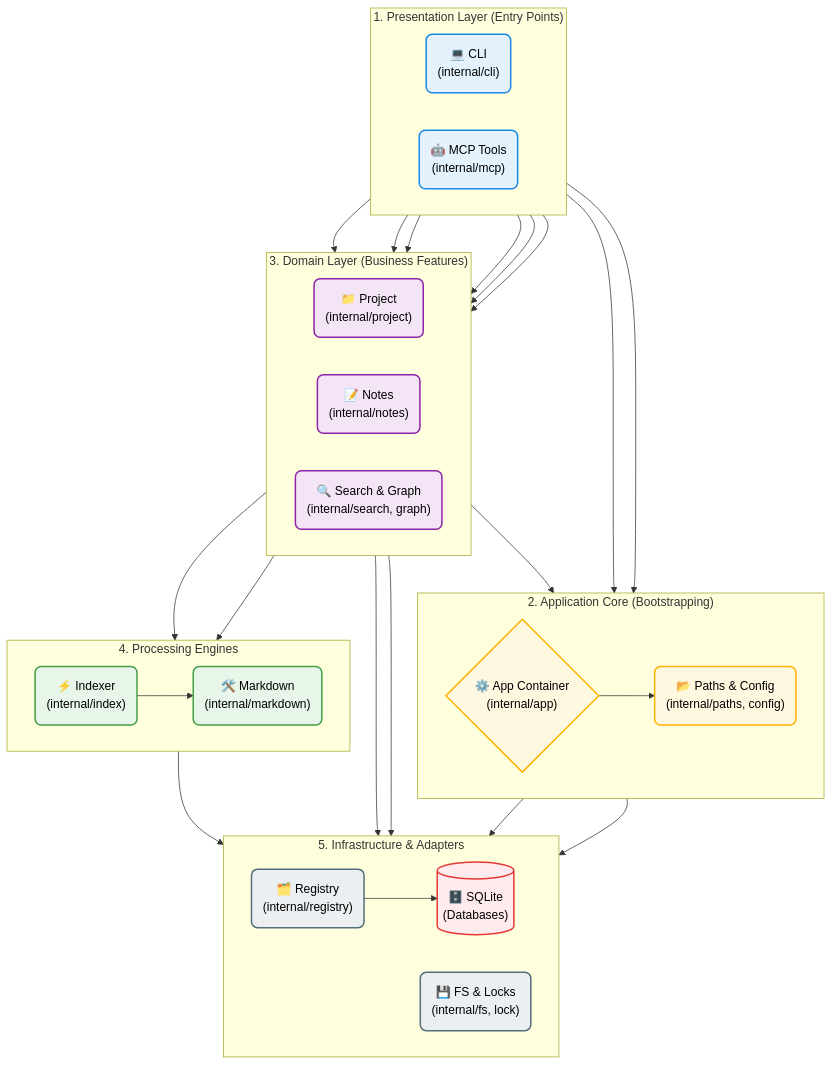
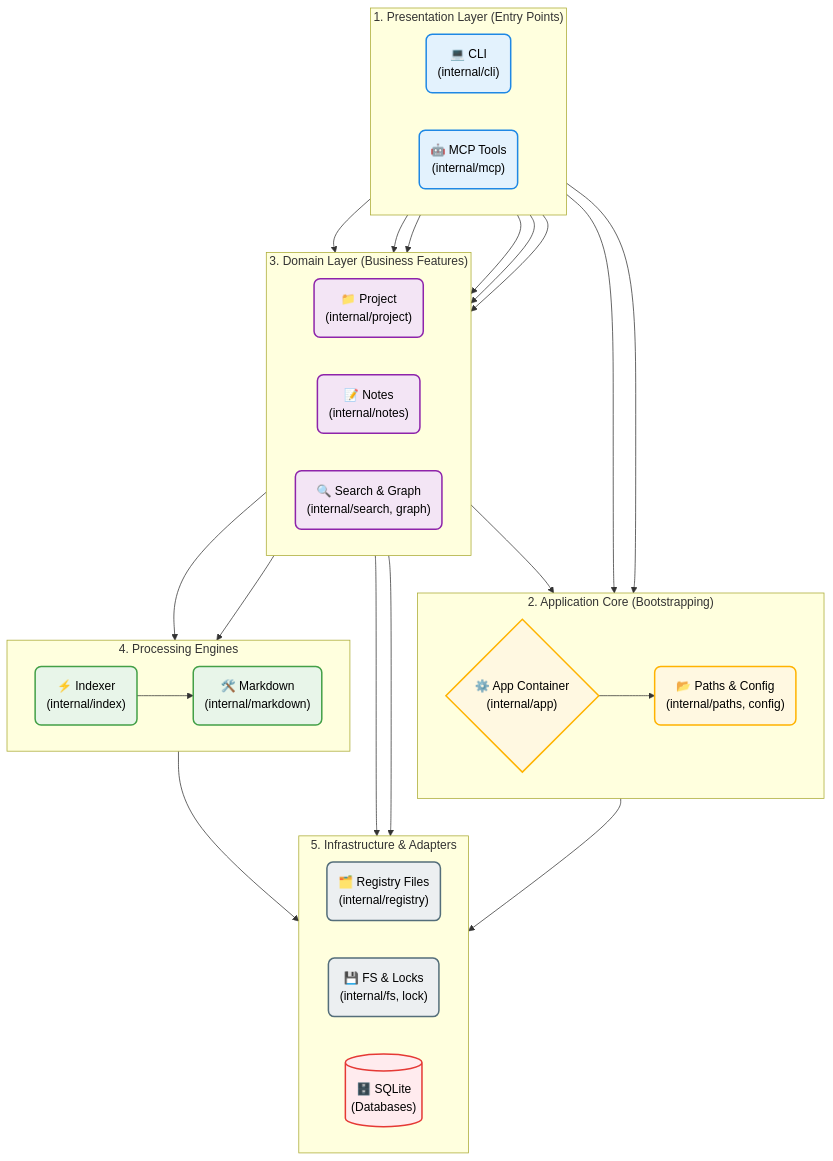
The second of 2 diagrams in README.md (ilyachch/mnemonic), drawn with Mermaid before and after one commit. The commit also changed other lines of this file and 76 other files, not shown here.

First line of the commit message:
#4 project registry layout migration to local file architecture in mnemonic (#20)

````diff
--- a/README.md
+++ b/README.md
@@ -446,68 +402,66 @@
 ```mermaid
 flowchart TD
     %% Styling
     classDef entry fill:#e3f2fd,stroke:#1e88e5,stroke-width:2px,color:#000,rx:8px,ry:8px
     classDef core fill:#fff8e1,stroke:#ffb300,stroke-width:2px,color:#000,rx:8px,ry:8px
     classDef domain fill:#f3e5f5,stroke:#8e24aa,stroke-width:2px,color:#000,rx:8px,ry:8px
     classDef engine fill:#e8f5e9,stroke:#43a047,stroke-width:2px,color:#000,rx:8px,ry:8px
     classDef infra fill:#eceff1,stroke:#546e7a,stroke-width:2px,color:#000,rx:8px,ry:8px
     classDef db fill:#ffebee,stroke:#e53935,stroke-width:2px,color:#000,rx:8px,ry:8px
 
     %% Layers
     subgraph Entry ["1. Presentation Layer (Entry Points)"]
         direction LR
         CLI("💻 CLI\n(internal/cli)"):::entry
         MCP("🤖 MCP Tools\n(internal/mcp)"):::entry
     end
 
     subgraph Core ["2. Application Core (Bootstrapping)"]
         direction LR
         App{"⚙️ App Container\n(internal/app)"}:::core
         Paths("📂 Paths & Config\n(internal/paths, config)"):::core
     end
 
     subgraph Domain ["3. Domain Layer (Business Features)"]
         direction LR
         Proj("📁 Project\n(internal/project)"):::domain
         Notes("📝 Notes\n(internal/notes)"):::domain
         Search("🔍 Search & Graph\n(internal/search, graph)"):::domain
     end
 
     subgraph Engines ["4. Processing Engines"]
         direction LR
         MD("🛠️ Markdown\n(internal/markdown)"):::engine
         Idx("⚡ Indexer\n(internal/index)"):::engine
     end
 
     subgraph Infra ["5. Infrastructure & Adapters"]
         direction LR
-        Reg("🗂️ Registry\n(internal/registry)"):::infra
+        Reg("🗂️ Registry Files\n(internal/registry)"):::infra
         Sys("💾 FS & Locks\n(internal/fs, lock)"):::infra
         DB[("🗄️ SQLite\n(Databases)")]:::db
     end
 
     %% Flow: Bootstrapping
     CLI & MCP --> App
     App --> Paths
     App --> Reg
-    App --> DB
 
     %% Flow: Feature Execution
     CLI & MCP --> Proj
     CLI & MCP --> Notes
     CLI & MCP --> Search
 
     %% Flow: Domain to Engines & Infra
     Proj --> Reg
     Proj --> Paths
 
     Notes --> MD
     Notes --> Sys
 
     Search --> Idx
 
     %% Flow: Engines to Infra
     Idx --> MD
     Idx --> DB
-    Reg --> DB
 ```
````
